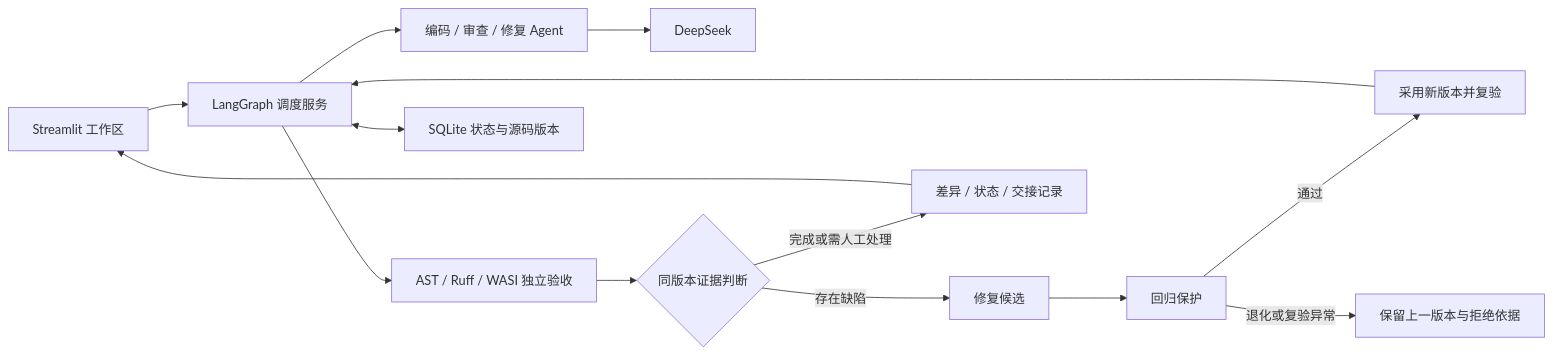
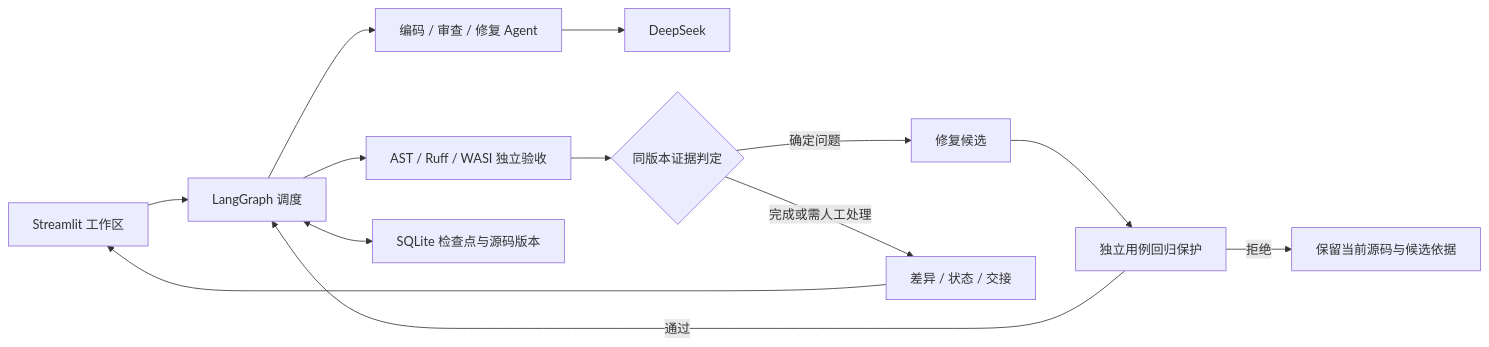
The diagram in README.md (KADG777/Codelens_Pro), drawn with Mermaid before and after one commit. The commit also changed other lines of this file and 5 other files, not shown here.

````diff
--- a/README.md
+++ b/README.md
@@ -37,16 +39,15 @@
 ```mermaid
 flowchart LR
-    UI[Streamlit 工作区] --> FLOW[LangGraph 调度服务]
+    UI[Streamlit 工作区] --> FLOW[LangGraph 调度]
     FLOW --> AGENTS[编码 / 审查 / 修复 Agent]
     AGENTS --> MODEL[DeepSeek]
     FLOW --> CHECK[AST / Ruff / WASI 独立验收]
-    FLOW <--> DB[SQLite 状态与源码版本]
-    CHECK --> GATE{同版本证据判断}
-    GATE -->|存在缺陷| FIX[修复候选]
-    FIX --> GUARD[回归保护]
-    GUARD -->|通过| NEXT[采用新版本并复验]
-    GUARD -->|退化或复验异常| KEEP[保留上一版本与拒绝依据]
-    NEXT --> FLOW
-    GATE -->|完成或需人工处理| VIEW[差异 / 状态 / 交接记录]
+    FLOW <--> DB[SQLite 检查点与源码版本]
+    CHECK --> GATE{同版本证据判定}
+    GATE -->|确定问题| FIX[修复候选]
+    FIX --> GUARD[独立用例回归保护]
+    GUARD -->|通过| FLOW
+    GUARD -->|拒绝| KEEP[保留当前源码与候选依据]
+    GATE -->|完成或需人工处理| VIEW[差异 / 状态 / 交接]
     VIEW --> UI
 ```
````
